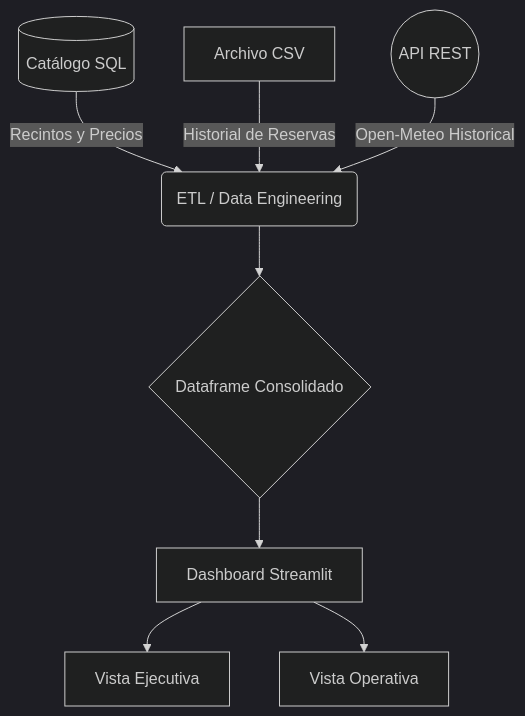
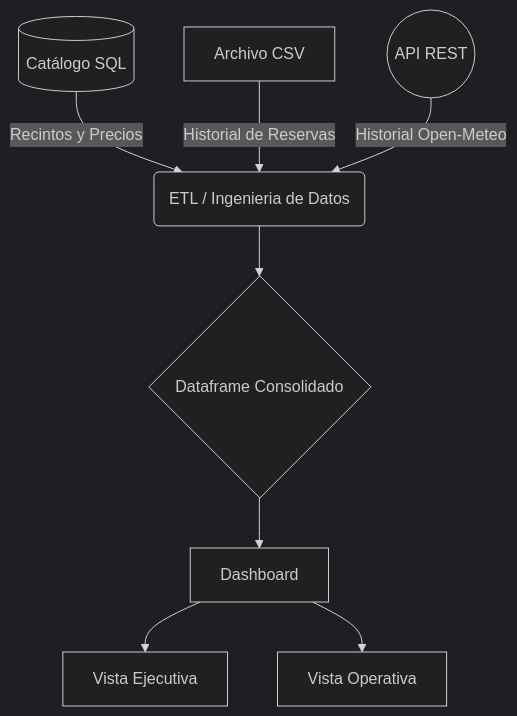
The diagram in README.md (CristobalSilvam/analisis-searchsport-), drawn with Mermaid (dark theme) before and after one commit.

Commit message:
Revise terminology in README for ETL and dashboard
Updated the terminology in the README to improve clarity and consistency.

````diff
--- a/README.md
+++ b/README.md
@@ -16,10 +16,10 @@
 ```mermaid
 graph TD
-    A[(Catálogo SQL)] -->|Recintos y Precios| D(ETL / Data Engineering)
+    A[(Catálogo SQL)] -->|Recintos y Precios| D(ETL / Ingenieria de Datos)
     B[Archivo CSV] -->|Historial de Reservas| D
-    C((API REST)) -->|Open-Meteo Historical| D
+    C((API REST)) -->|Historial Open-Meteo | D
     D --> E{Dataframe Consolidado}
-    E --> F[Dashboard Streamlit]
+    E --> F[Dashboard]
     F --> G[Vista Ejecutiva]
     F --> H[Vista Operativa]
 ```
````
